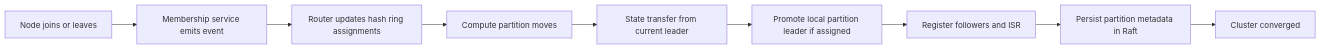
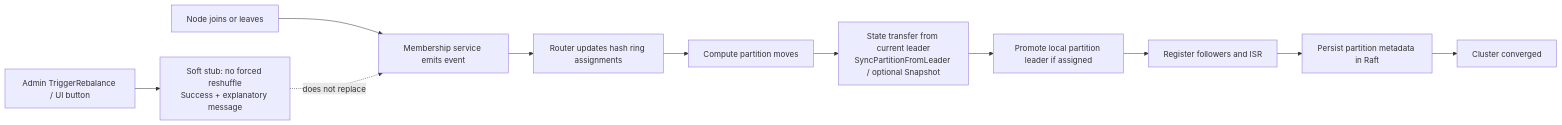
Before and after one commit to jatin711-debug/cronos_db_golang: the diagram in docs/mermaid/cluster_rebalance_flow.mmd, drawn with Mermaid. The commit also changed 24 other files, not shown here.

First line of the commit message:
docs: align architecture docs and mermaid with current runtime

```diff
--- a/docs/mermaid/cluster_rebalance_flow.mmd
+++ b/docs/mermaid/cluster_rebalance_flow.mmd
@@ -1,13 +1,18 @@
 flowchart LR
     NodeJoin[Node joins or leaves]
     Membership[Membership service emits event]
     Router[Router updates hash ring assignments]
     Moves[Compute partition moves]
-    Sync[State transfer from current leader]
+    Sync[State transfer from current leader<br/>SyncPartitionFromLeader / optional Snapshot]
     Promote[Promote local partition leader if assigned]
     Follower[Register followers and ISR]
     RaftSync[Persist partition metadata in Raft]
     Healthy[Cluster converged]
 
+    AdminBtn[Admin TriggerRebalance / UI button]
+    SoftStub[Soft stub: no forced reshuffle<br/>Success + explanatory message]
+
     NodeJoin --> Membership --> Router --> Moves
     Moves --> Sync --> Promote --> Follower --> RaftSync --> Healthy
+    AdminBtn --> SoftStub
+    SoftStub -.->|does not replace| Membership
```
